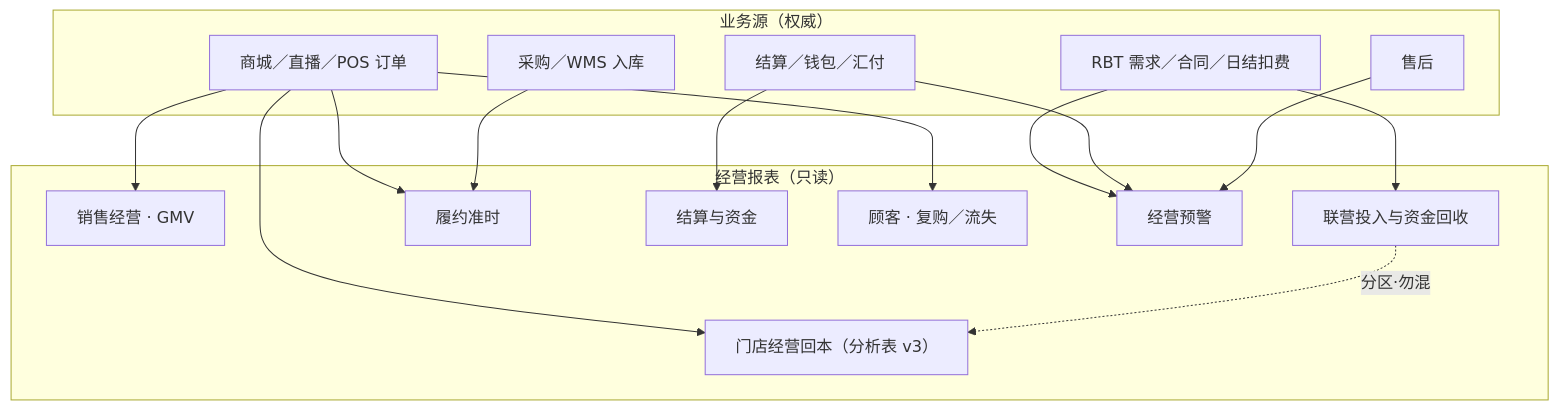
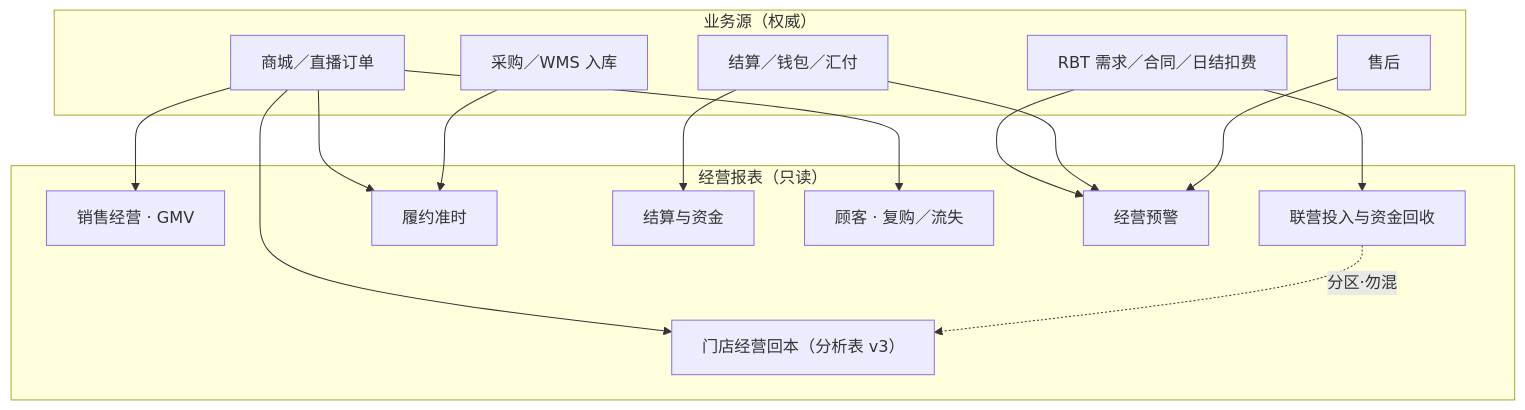
The first of 9 diagrams in docs/经营报表体系/04-已确认口径复核包.md (342-droid/LFerp), drawn with Mermaid before and after one commit. The commit also changed other lines of this file and 45 other files, not shown here.

````diff
--- a/docs/经营报表体系/04-已确认口径复核包.md
+++ b/docs/经营报表体系/04-已确认口径复核包.md
@@ -25,32 +25,32 @@
 ```mermaid
 flowchart TB
   subgraph SRC["业务源（权威）"]
     RBT["RBT 需求／合同／日结扣费"]
-    MALL["商城／直播／POS 订单"]
+    MALL["商城／直播订单"]
     PUR["采购／WMS 入库"]
     SET["结算／钱包／汇付"]
     AS["售后"]
   end
 
   subgraph RPT["经营报表（只读）"]
     SALES["销售经营 · GMV"]
     JV["联营投入与资金回收"]
     PAY["门店经营回本（分析表 v3）"]
     FUL["履约准时"]
     SETTLE["结算与资金"]
     CUST["顾客 · 复购／流失"]
     AL["经营预警"]
   end
 
   RBT --> JV
   RBT --> AL
   MALL --> SALES
   MALL --> PAY
   MALL --> CUST
   MALL --> FUL
   PUR --> FUL
   SET --> SETTLE
   SET --> AL
   AS --> AL
   JV -.->|"分区·勿混"| PAY
 ```
````
